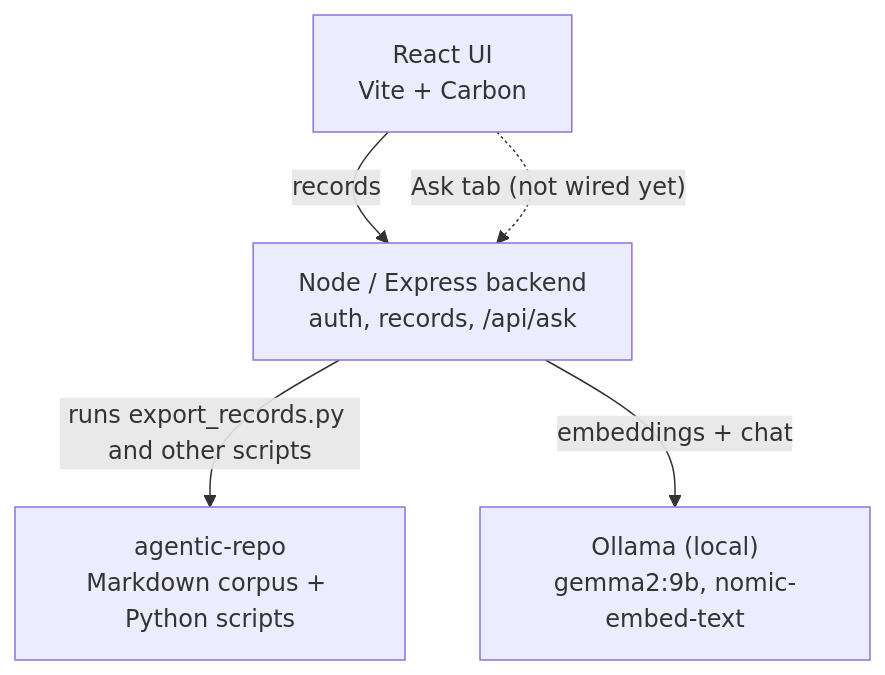
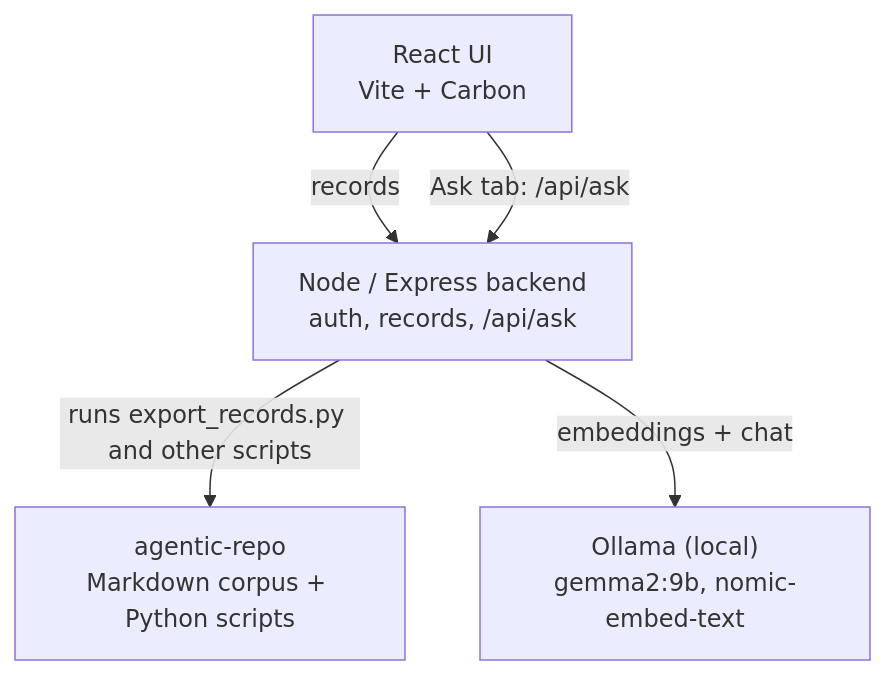
The first of 2 diagrams in docs/architecture.md (herrjosua/research-repo-crud-ui), drawn with Mermaid before and after one commit. The commit also changed other lines of this file and 74 other files, not shown here.

Commit message:
Ask the Repo: wire the Ask tab to the real endpoint

````diff
--- a/docs/architecture.md
+++ b/docs/architecture.md
@@ -8,7 +8,7 @@
 ```mermaid
 flowchart TD
   UI["React UI<br/>Vite + Carbon"] -->|records| BE["Node / Express backend<br/>auth, records, /api/ask"]
-  UI -.->|"Ask tab (not wired yet)"| BE
+  UI -->|"Ask tab: /api/ask"| BE
   BE -->|"runs export_records.py and other scripts"| CORPUS["agentic-repo<br/>Markdown corpus + Python scripts"]
   BE -->|"embeddings + chat"| OLLAMA["Ollama (local)<br/>gemma2:9b, nomic-embed-text"]
 ```
````
